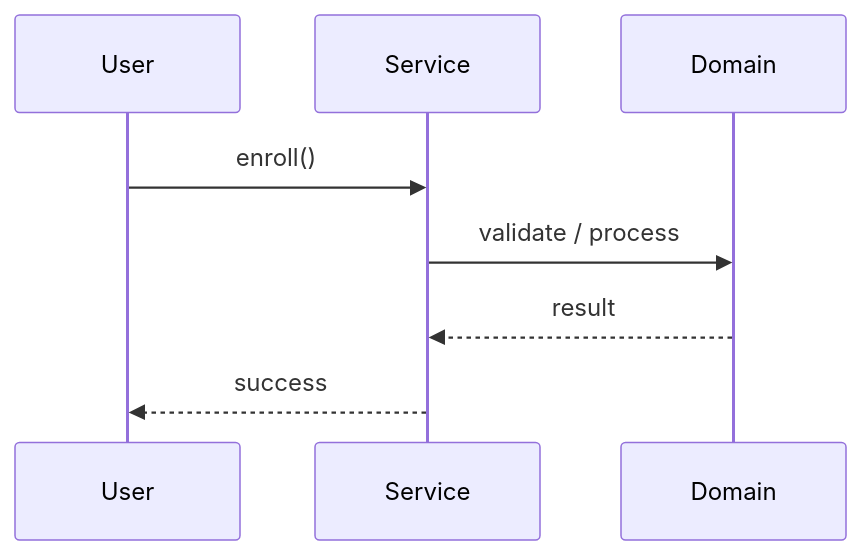
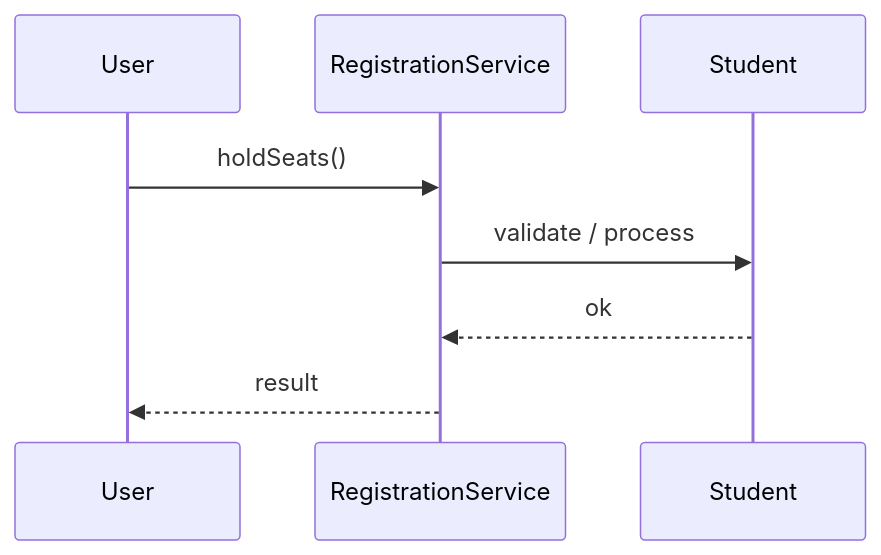
Before and after one commit to madhupaila/Interview-Prep-SSE: the second of 3 diagrams in Learn/System Design - Low Level Design/02-classic-ood/questions/Q34-course-registration.md, drawn with Mermaid. The commit also changed other lines of this file and 491 other files, not shown here.

````diff
--- a/Learn/System Design - Low Level Design/02-classic-ood/questions/Q34-course-registration.md
+++ b/Learn/System Design - Low Level Design/02-classic-ood/questions/Q34-course-registration.md
@@ -122,10 +153,10 @@
 ```mermaid
 sequenceDiagram
-    participant U as User
-    participant S as Service
-    participant D as Domain
-    U->>S: enroll()
-    S->>D: validate / process
-    D-->>S: result
-    S-->>U: success
+participant U as User
+participant S as RegistrationService
+participant D as Student
+U->>S: holdSeats()
+S->>D: validate / process
+D-->>S: ok
+S-->>U: result
 ```
````
